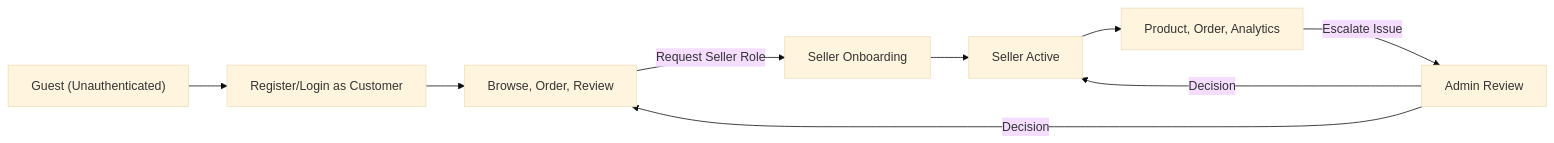
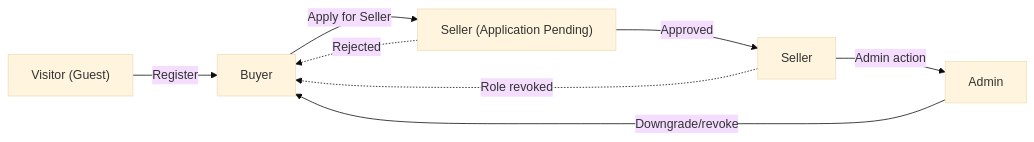
One commit to wrtnlabs/autobe-example-shopping-openai-gpt-4.1 changed the first of 2 diagrams in docs/analysis/02-user-roles-and-authentication.md. Above: the diagram before and after it, drawn with Mermaid (base theme). The commit also changed other lines of this file and 2932 other files, not shown here.

````diff
--- a/docs/analysis/02-user-roles-and-authentication.md
+++ b/docs/analysis/02-user-roles-and-authentication.md
@@ -80,11 +101,10 @@
 ```mermaid
 graph LR
-  C1["Guest (Unauthenticated)"] --> C2["Register/Login as Customer"]
-  C2 --> C3["Browse, Order, Review"]
-  C3 -->|"Request Seller Role"| S1["Seller Onboarding"]
-  S1 --> S2["Seller Active"]
-  S2 --> S3["Product, Order, Analytics"]
-  S3 -->|"Escalate Issue"| A1["Admin Review"]
-  A1 -->|"Decision"| C3
-  A1 -->|"Decision"| S2
+  A["Visitor (Guest)"] -->|"Register"| B["Buyer"]
+  B -->|"Apply for Seller"| C["Seller (Application Pending)"]
+  C -->|"Approved"| D["Seller"]
+  C -.->|"Rejected"| B
+  D -.->|"Role revoked"| B
+  D -->|"Admin action"| E["Admin"]
+  E -->|"Downgrade/revoke"| B
 ```
````
